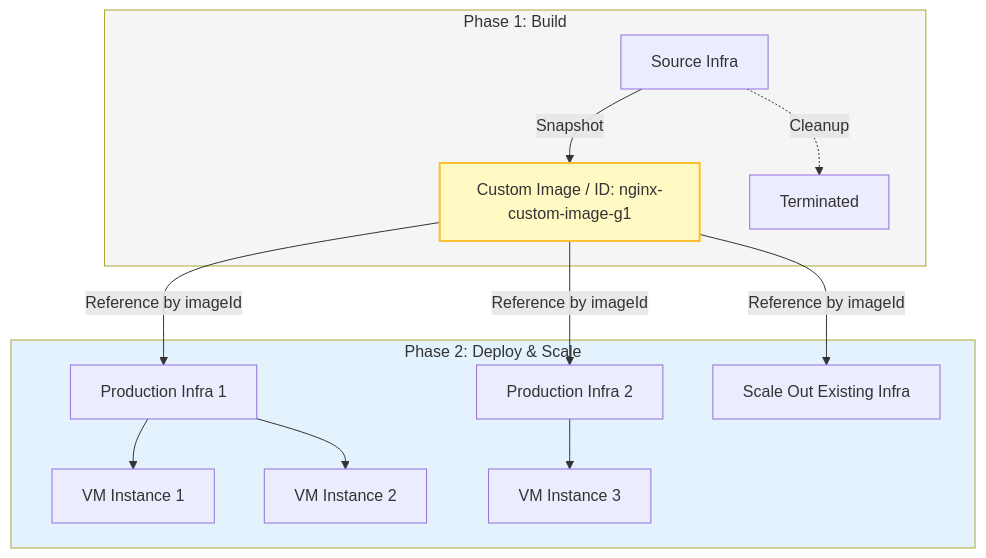
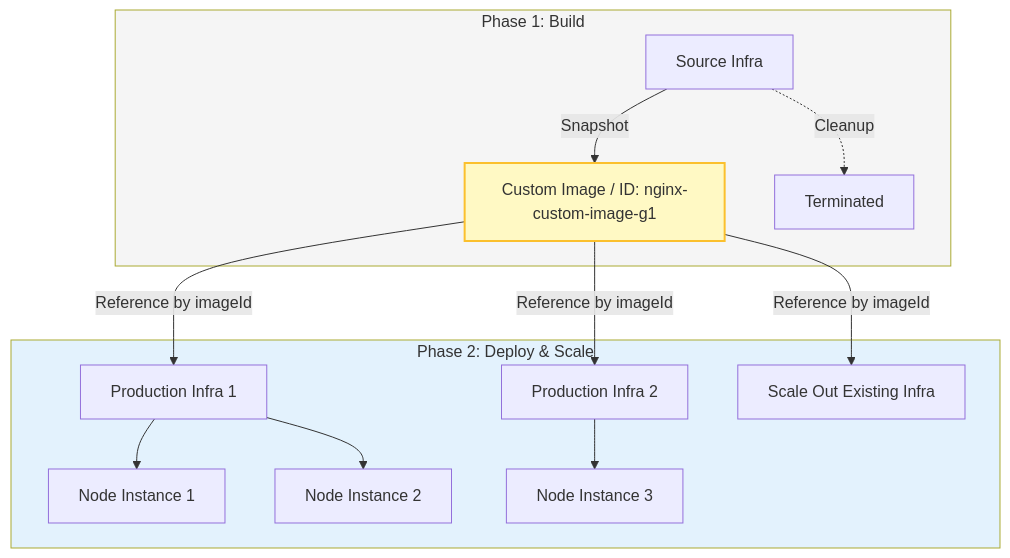
One commit to cloud-barista/cb-tumblebug changed the fourth of 4 diagrams in docs/feature_guide/cloud-agnostic-image.md. Above: the diagram before and after it, drawn with Mermaid. The commit also changed other lines of this file and 81 other files, not shown here.

````diff
--- a/docs/feature_guide/cloud-agnostic-image.md
+++ b/docs/feature_guide/cloud-agnostic-image.md
@@ -214,21 +214,21 @@
 ```mermaid
 flowchart TD
     subgraph BuildPhase [Phase 1: Build]
         SourceInfra[Source Infra] -->|Snapshot| CustomImg[Custom Image / ID: nginx-custom-image-g1]
         SourceInfra -.->|Cleanup| Terminated[Terminated]
     end
 
     subgraph DeployPhase [Phase 2: Deploy & Scale]
         CustomImg -->|Reference by imageId| NewInfra1[Production Infra 1]
         CustomImg -->|Reference by imageId| NewInfra2[Production Infra 2]
         CustomImg -->|Reference by imageId| ScaleOut[Scale Out Existing Infra]
         
-        NewInfra1 --> VM1[VM Instance 1]
-        NewInfra1 --> VM2[VM Instance 2]
-        NewInfra2 --> VM3[VM Instance 3]
+        NewInfra1 --> VM1[Node Instance 1]
+        NewInfra1 --> VM2[Node Instance 2]
+        NewInfra2 --> VM3[Node Instance 3]
     end
     
     style CustomImg fill:#fff9c4,stroke:#fbc02d,stroke-width:2px
     style BuildPhase fill:#f5f5f5
     style DeployPhase fill:#e3f2fd
 ```
````
